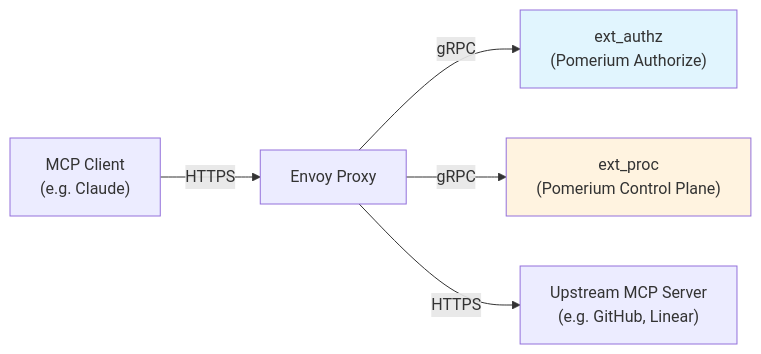
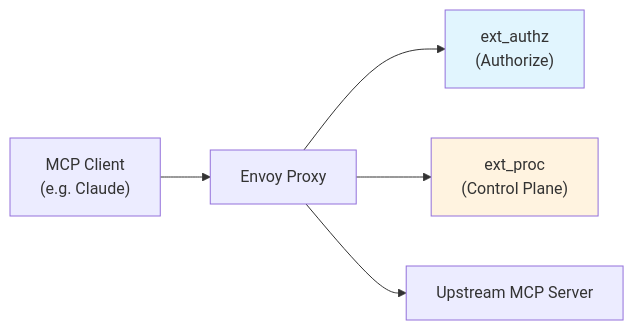
The first of 14 diagrams in internal/mcp/DESIGN.md (pomerium/pomerium), drawn with Mermaid before and after one commit. The commit also changed other lines of this file, not shown here.

````diff
--- a/internal/mcp/DESIGN.md
+++ b/internal/mcp/DESIGN.md
@@ -40,16 +40,16 @@
 ```mermaid
 flowchart LR
     Client["MCP Client<br/>(e.g. Claude)"]
     Envoy["Envoy Proxy"]
-    ExtAuthz["ext_authz<br/>(Pomerium Authorize)"]
-    ExtProc["ext_proc<br/>(Pomerium Control Plane)"]
-    Upstream["Upstream MCP Server<br/>(e.g. GitHub, Linear)"]
+    ExtAuthz["ext_authz<br/>(Authorize)"]
+    ExtProc["ext_proc<br/>(Control Plane)"]
+    Upstream["Upstream MCP Server"]
 
-    Client -->|"HTTPS"| Envoy
-    Envoy -->|"gRPC"| ExtAuthz
-    Envoy -->|"gRPC"| ExtProc
-    Envoy -->|"HTTPS"| Upstream
+    Client --> Envoy
+    Envoy --> ExtAuthz
+    Envoy --> ExtProc
+    Envoy --> Upstream
 
     style ExtAuthz fill:#e1f5fe
     style ExtProc fill:#fff3e0
 ```
````
